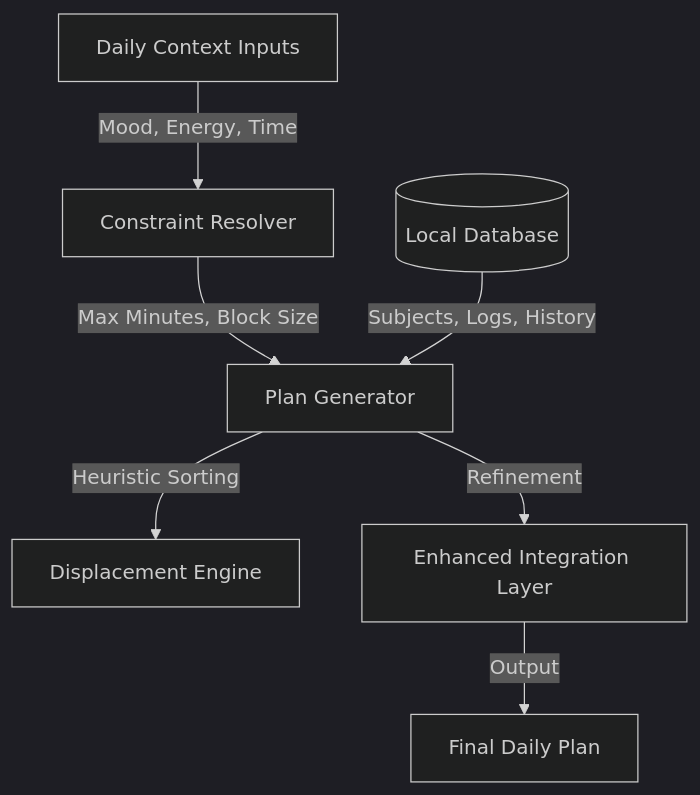
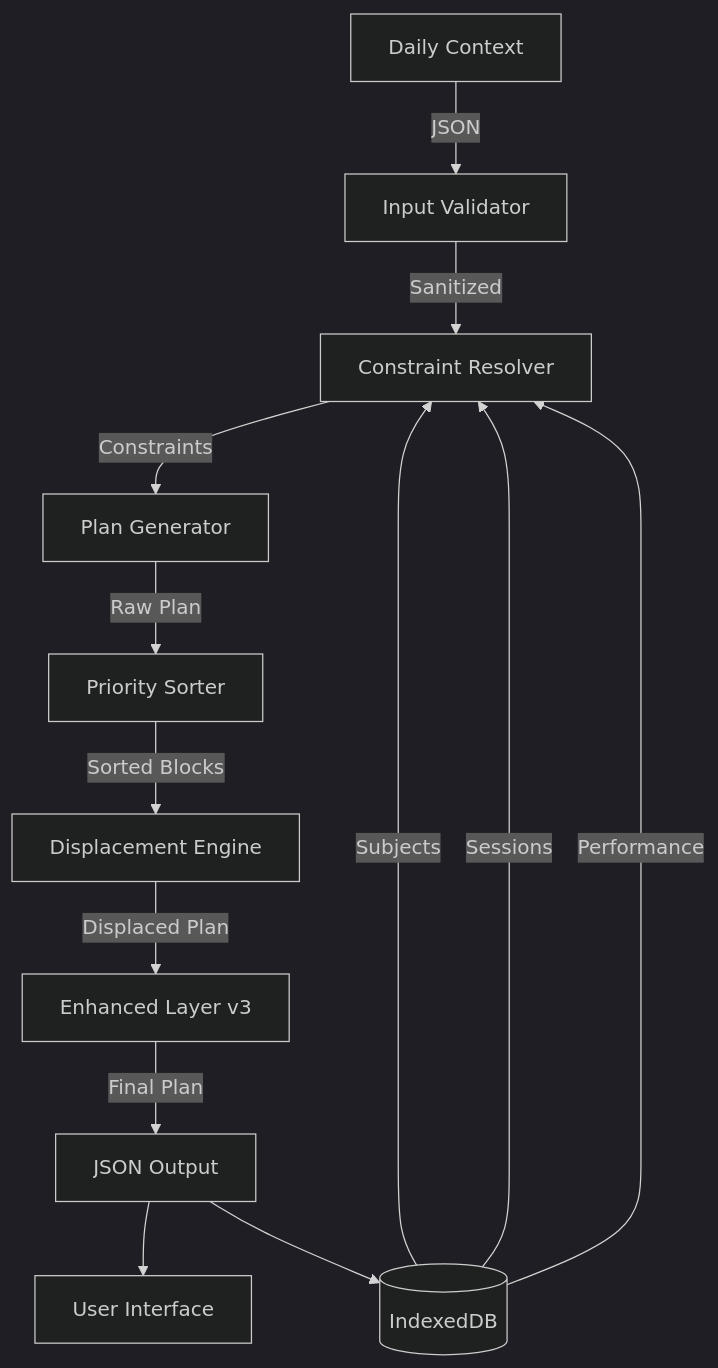
One commit to santoshcheethiralame-dot/ORBIT changed the diagram in BRAIN.md. Above: the diagram before and after it, drawn with Mermaid (dark theme). The commit also changed other lines of this file, not shown here.

Commit message:
docs: Expand BRAIN.md into a comprehensive technical deep dive, detailing architecture, data flow, and core algorithms.

````diff
--- a/BRAIN.md
+++ b/BRAIN.md
@@ -13,12 +40,18 @@
 ```mermaid
 graph TD
-    Context[Daily Context Inputs] -->|Mood, Energy, Time| Constraints[Constraint Resolver]
-    Constraints -->|Max Minutes, Block Size| Generator[Plan Generator]
+    Input[Daily Context] -->|JSON| Validator[Input Validator]
+    Validator -->|Sanitized| Resolver[Constraint Resolver]
     
-    Database[(Local Database)] -->|Subjects, Logs, History| Generator
+    DB[(IndexedDB)] -->|Subjects| Resolver
+    DB -->|Sessions| Resolver
+    DB -->|Performance| Resolver
     
-    Generator -->|Heuristic Sorting| Displacement[Displacement Engine]
-    Generator -->|Refinement| Enhanced[Enhanced Integration Layer]
+    Resolver -->|Constraints| Generator[Plan Generator]
+    Generator -->|Raw Plan| Sorter[Priority Sorter]
+    Sorter -->|Sorted Blocks| Displacement[Displacement Engine]
+    Displacement -->|Displaced Plan| Enhanced[Enhanced Layer v3]
+    Enhanced -->|Final Plan| Output[JSON Output]
     
-    Enhanced -->|Output| Schedule[Final Daily Plan]
+    Output --> UI[User Interface]
+    Output --> DB
 ```
````
